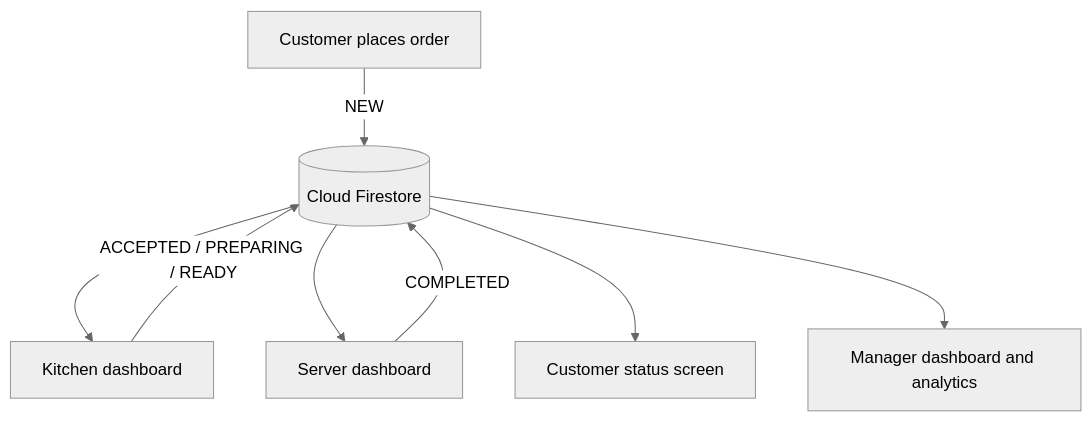
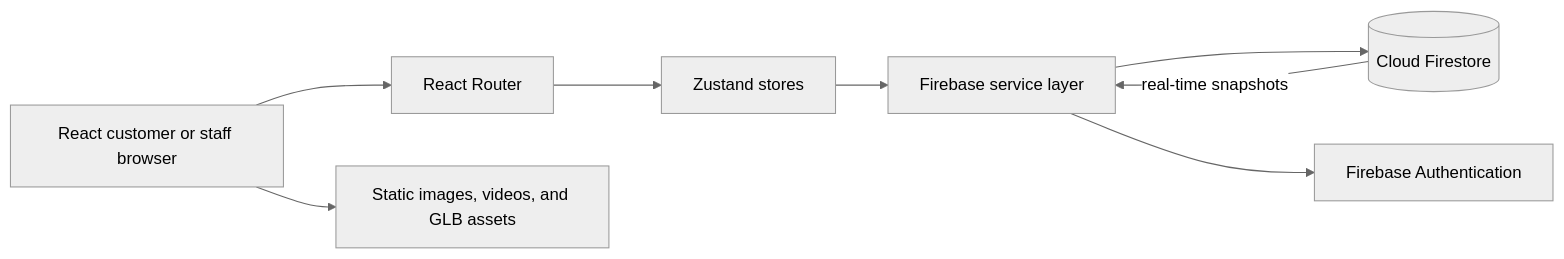
Before and after one commit to SRIHARSHA2108/Smart_serve: the first of 2 diagrams in README.md, drawn with Mermaid (neutral theme). The commit also changed other lines of this file and 2 other files, not shown here.

````diff
--- a/README.md
+++ b/README.md
@@ -77,10 +56,18 @@
 ```mermaid
-flowchart TD
-    C[Customer places order] -->|NEW| F[(Cloud Firestore)]
-    F --> K[Kitchen dashboard]
-    K -->|ACCEPTED / PREPARING / READY| F
-    F --> S[Server dashboard]
-    S -->|COMPLETED| F
-    F --> T[Customer status screen]
-    F --> M[Manager dashboard and analytics]
+flowchart LR
+    Browser[React customer or staff browser]
+    Router[React Router]
+    Stores[Zustand stores]
+    Services[Firebase service layer]
+    Auth[Firebase Authentication]
+    Firestore[(Cloud Firestore)]
+    Assets[Static images, videos, and GLB assets]
+
+    Browser --> Router
+    Router --> Stores
+    Stores --> Services
+    Services --> Firestore
+    Services --> Auth
+    Browser --> Assets
+    Firestore -->|real-time snapshots| Services
 ```
````
